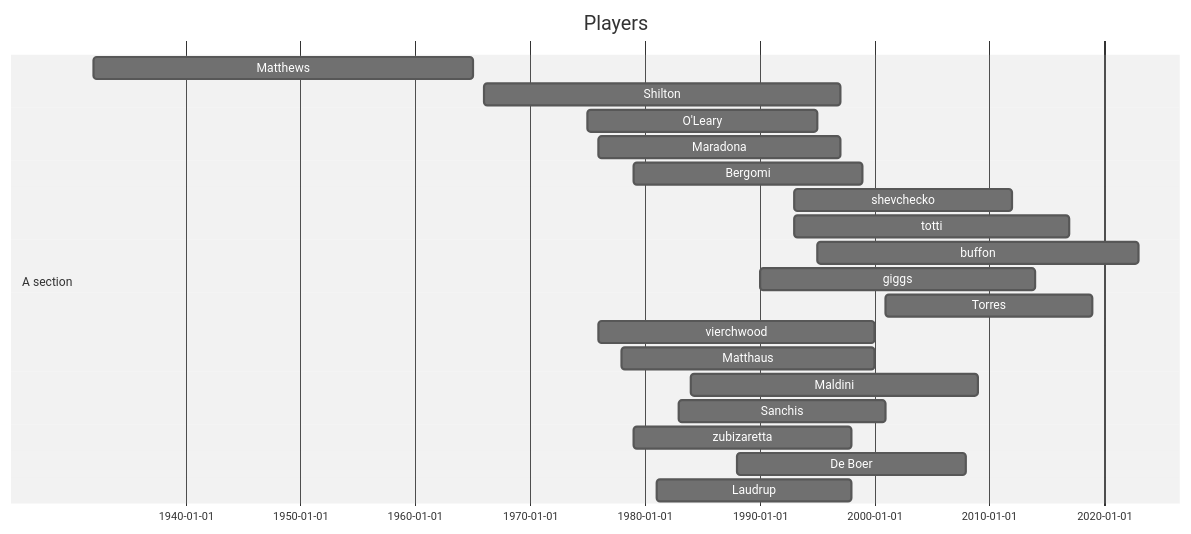
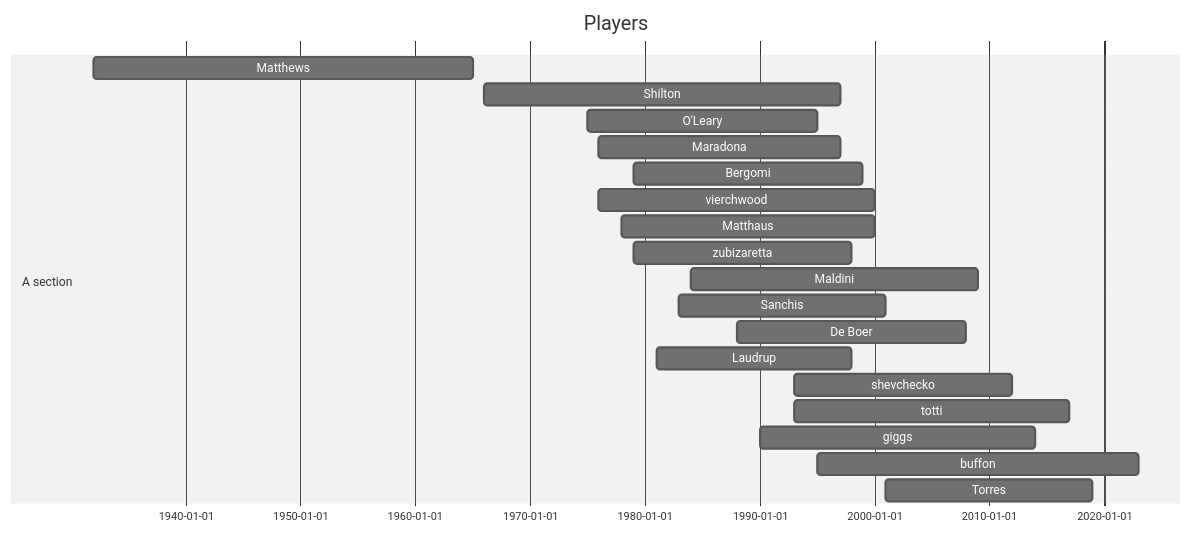
The first of 6 diagrams in README.md (sarnobat/mermaid), drawn with Mermaid (neutral theme) before and after one commit.

````diff
--- a/README.md
+++ b/README.md
@@ -7,25 +7,24 @@
 ```mermaid
 gantt
 dateFormat  YYYY
 title Players
 
 section A section
 Matthews      : 1932,1965
 Shilton    : 1966,1997
 O'Leary  : 1975,1995
 Maradona    : 1976,1997
 Bergomi :1979,1999
+vierchwood    : 1976,2000
+Matthaus  : 1978,2000
+zubizaretta    : 1979,1998
+Maldini    : 1984,2009
+Sanchis    : 1983,2001
+De Boer    : 1988,2008
+Laudrup    : 1981,1998
 shevchecko    : 1993,2012
 totti    : 1993,2017
+giggs    : 1990,2014
 buffon    : 1995,2023
-giggs    : 1990,2014
 Torres    : 2001,2019
-vierchwood    : 1976,2000
-Matthaus  : 1978,2000
-
-Maldini    : 1984,2009
-Sanchis    : 1983,2001
-zubizaretta    : 1979,1998
-De Boer    : 1988,2008
-Laudrup    : 1981,1998
 ```
````
